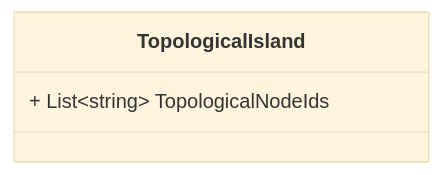
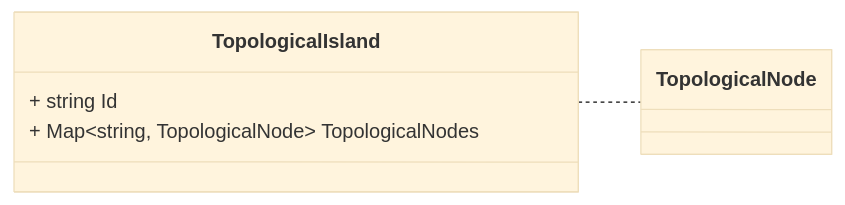
One commit to zaphiro-technologies/protobuf changed the third of 5 diagrams in docs/topology.proto.md. Above: the diagram before and after it, drawn with Mermaid (base theme). The commit also changed other lines of this file and 5 other files, not shown here.

````diff
--- a/docs/topology.proto.md
+++ b/docs/topology.proto.md
@@ -67,13 +67,15 @@
 ```mermaid
 classDiagram
 direction LR
 
 %% A topology Island information.
 %% * To be used in ComputedTopology message.
 %% 
 
 class TopologicalIsland {
-  + List~string~ TopologicalNodeIds
+  + string Id
+  + Map~string,  TopologicalNode~ TopologicalNodes
 }
+TopologicalIsland .. ` TopologicalNode`
 
 ```
````
